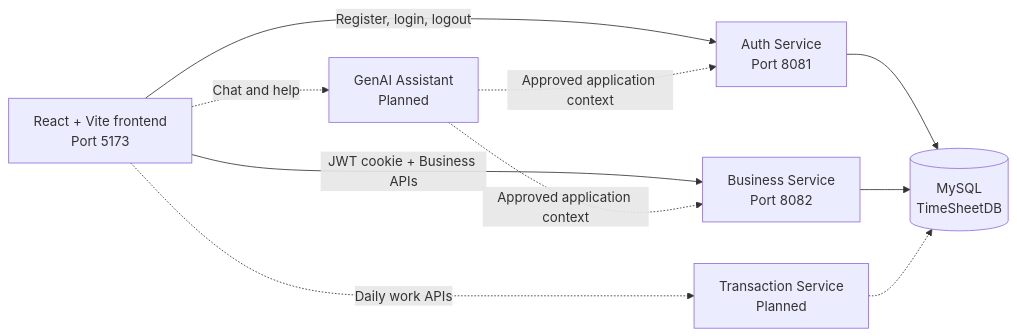
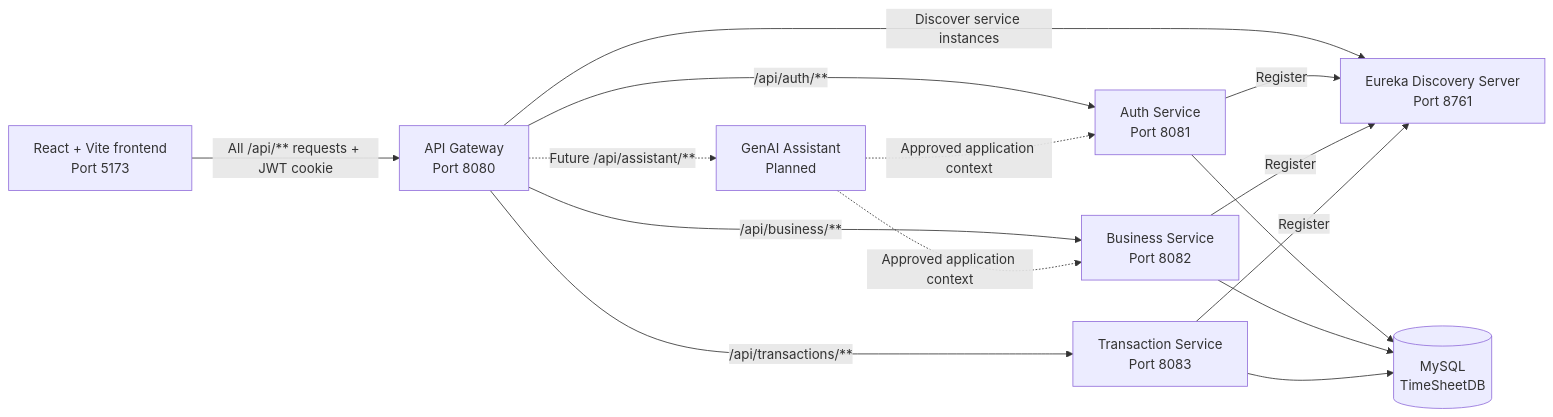
One commit to devteamproject2026/Time-Sheet-Management-System changed the first of 2 diagrams in README.md. Above: the diagram before and after it, drawn with Mermaid. The commit also changed other lines of this file and 103 other files, not shown here.

````diff
--- a/README.md
+++ b/README.md
@@ -41,19 +41,26 @@
 ```mermaid
 flowchart LR
     UI["React + Vite frontend<br/>Port 5173"]
+    GATEWAY["API Gateway<br/>Port 8080"]
+    EUREKA["Eureka Discovery Server<br/>Port 8761"]
     AUTH["Auth Service<br/>Port 8081"]
     BUSINESS["Business Service<br/>Port 8082"]
-    TX["Transaction Service<br/>Planned"]
+    TX["Transaction Service<br/>Port 8083"]
     AI["GenAI Assistant<br/>Planned"]
     DB[("MySQL<br/>TimeSheetDB")]
 
-    UI -->|"Register, login, logout"| AUTH
-    UI -->|"JWT cookie + Business APIs"| BUSINESS
-    UI -.->|"Daily work APIs"| TX
-    UI -.->|"Chat and help"| AI
+    UI -->|"All /api/** requests + JWT cookie"| GATEWAY
+    GATEWAY -->|"/api/auth/**"| AUTH
+    GATEWAY -->|"/api/business/**"| BUSINESS
+    GATEWAY -->|"/api/transactions/**"| TX
+    GATEWAY -.->|"Future /api/assistant/**"| AI
+    GATEWAY -->|"Discover service instances"| EUREKA
+    AUTH -->|"Register"| EUREKA
+    BUSINESS -->|"Register"| EUREKA
+    TX -->|"Register"| EUREKA
     AUTH --> DB
     BUSINESS --> DB
-    TX -.-> DB
+    TX --> DB
     AI -.->|"Approved application context"| AUTH
     AI -.->|"Approved application context"| BUSINESS
 ```
````
